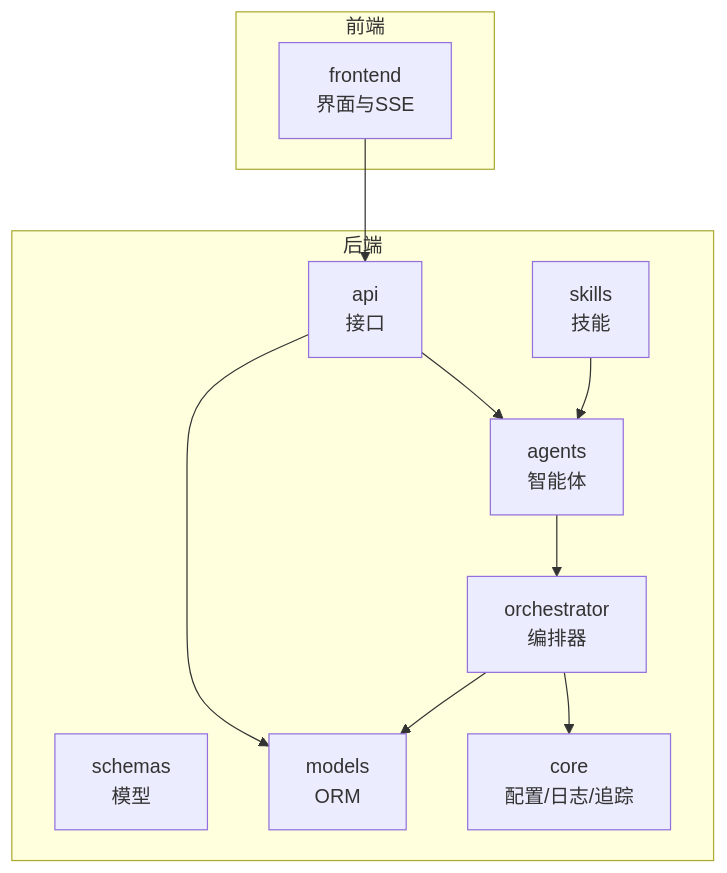
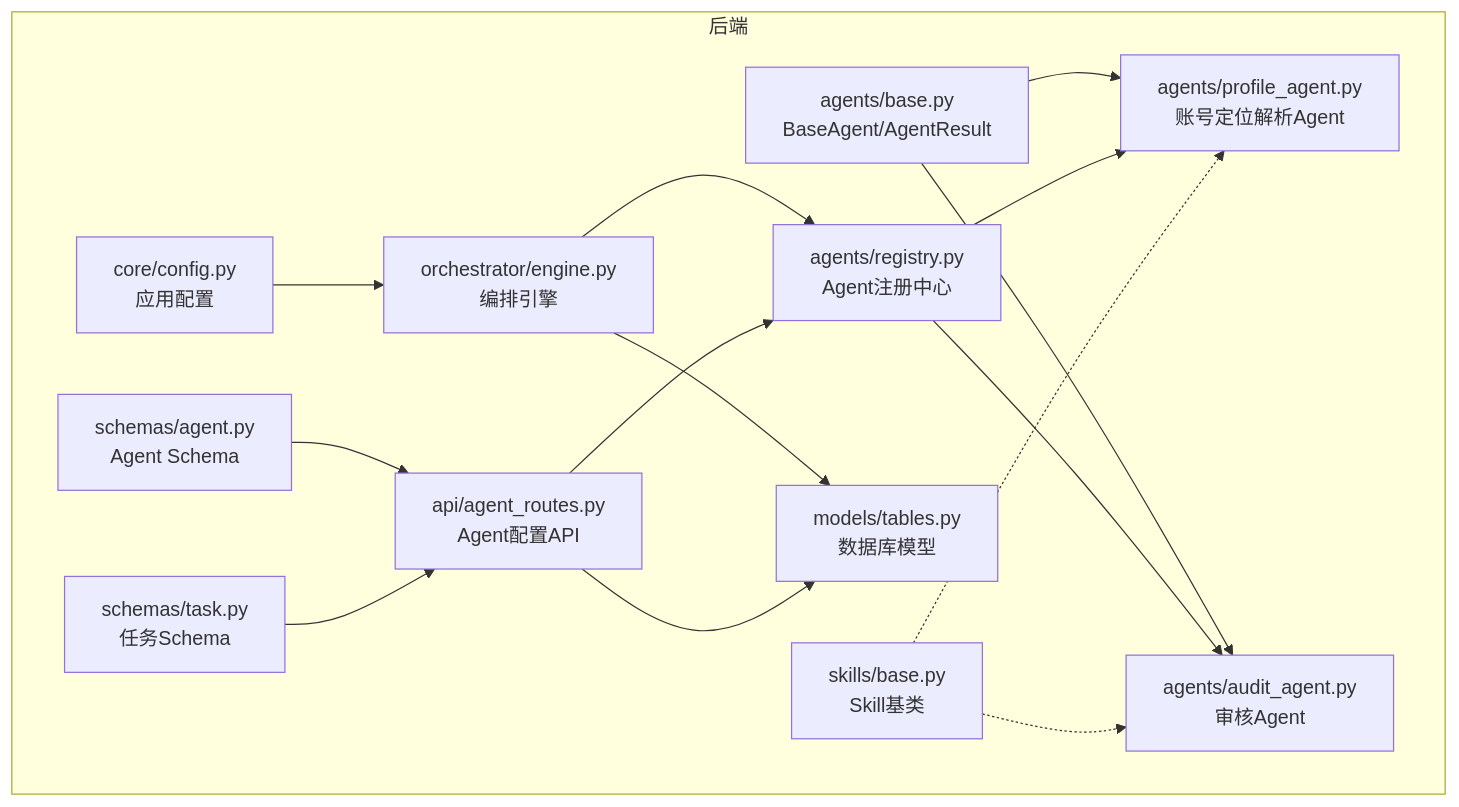
Before and after one commit to sansansansansan2022-web/hotclaw: the first of 7 diagrams in .qoder/repowiki/zh/content/智能体系统/智能体系统.md, drawn with Mermaid. The commit also changed other lines of this file and 288 other files, not shown here.

````diff
--- a/.qoder/repowiki/zh/content/智能体系统/智能体系统.md
+++ b/.qoder/repowiki/zh/content/智能体系统/智能体系统.md
@@ -39,22 +48,29 @@
 ```mermaid
 graph TB
 subgraph "后端"
-A["agents<br/>智能体"]
-B["skills<br/>技能"]
-C["orchestrator<br/>编排器"]
-D["api<br/>接口"]
-E["schemas<br/>模型"]
-F["models<br/>ORM"]
-G["core<br/>配置/日志/追踪"]
+A["agents/base.py<br/>BaseAgent/AgentResult"]
+B["agents/profile_agent.py<br/>账号定位解析Agent"]
+C["agents/audit_agent.py<br/>审核Agent"]
+D["agents/registry.py<br/>Agent注册中心"]
+E["orchestrator/engine.py<br/>编排引擎"]
+F["api/agent_routes.py<br/>Agent配置API"]
+G["schemas/agent.py<br/>Agent Schema"]
+H["schemas/task.py<br/>任务Schema"]
+I["models/tables.py<br/>数据库模型"]
+J["core/config.py<br/>应用配置"]
+K["skills/base.py<br/>Skill基类"]
 end
-subgraph "前端"
-H["frontend<br/>界面与SSE"]
-end
+A --> B
 A --> C
-B --> A
-C --> F
-C --> G
-D --> A
-D --> F
-H --> D
+D --> B
+D --> C
+E --> D
+E --> I
+F --> D
+F --> I
+G --> F
+H --> F
+J --> E
+K -.-> B
+K -.-> C
 ```
````
